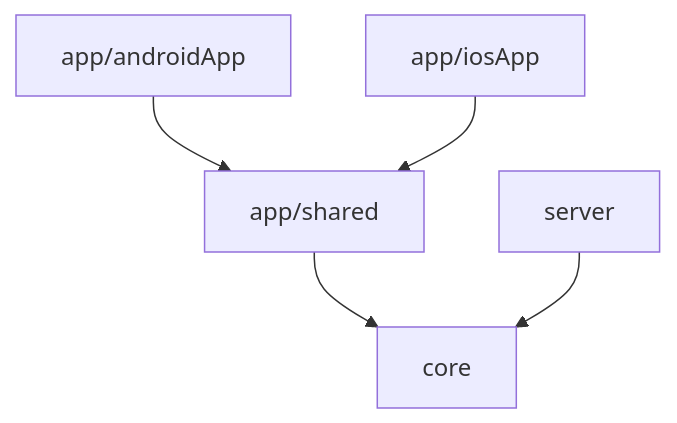
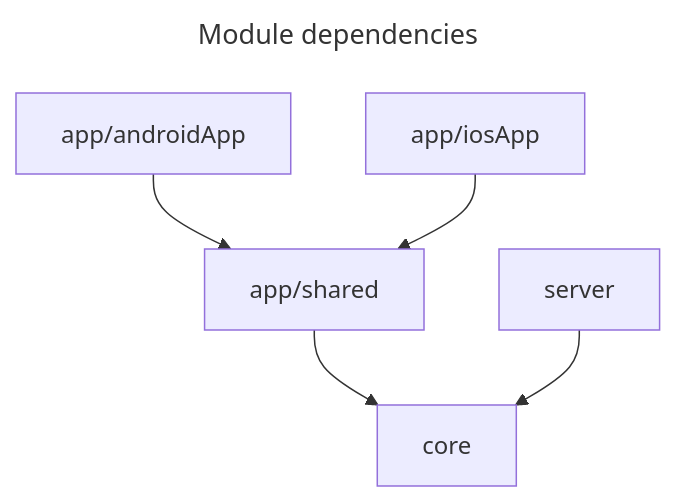
The diagram in AGENTS.md (dzejkob23/be-fair), drawn with Mermaid before and after one commit. The commit also changed other lines of this file and 2 other files, not shown here.

````diff
--- a/AGENTS.md
+++ b/AGENTS.md
@@ -40,7 +46,10 @@
 ```mermaid
+---
+title: Module dependencies
+---
 flowchart
     app/androidApp --> app/shared
     app/iosApp --> app/shared
     app/shared --> core
     server --> core
 ```
````
